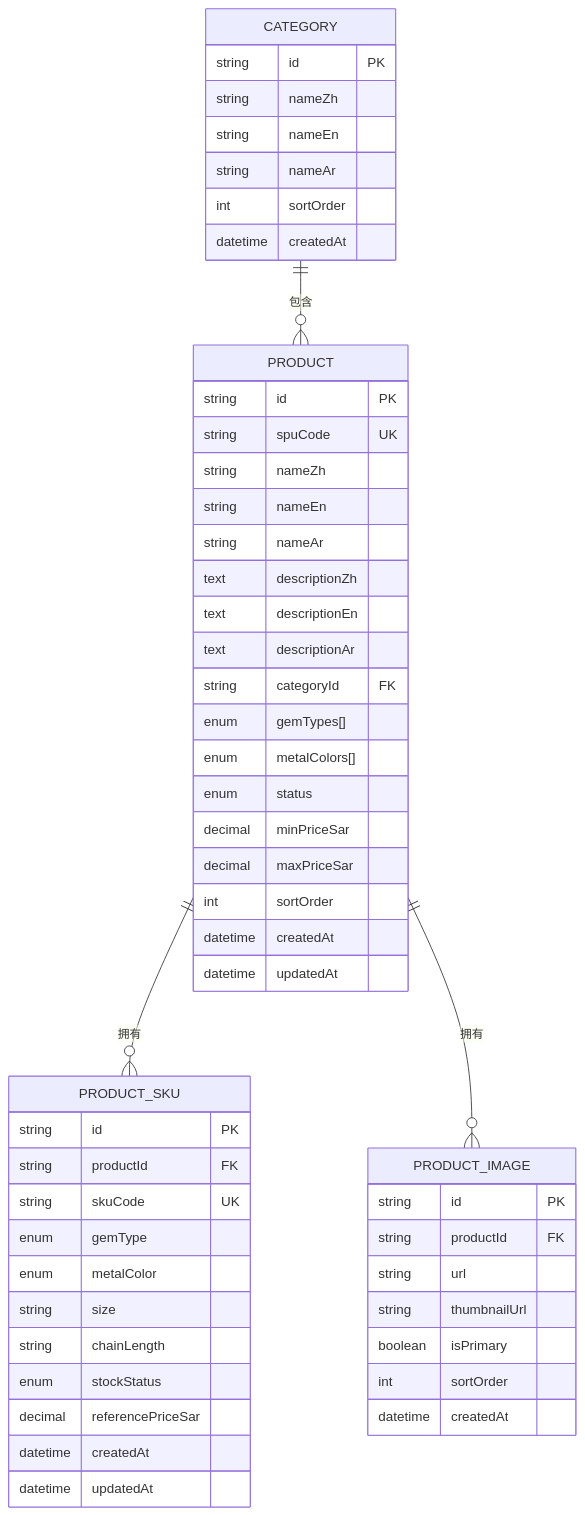
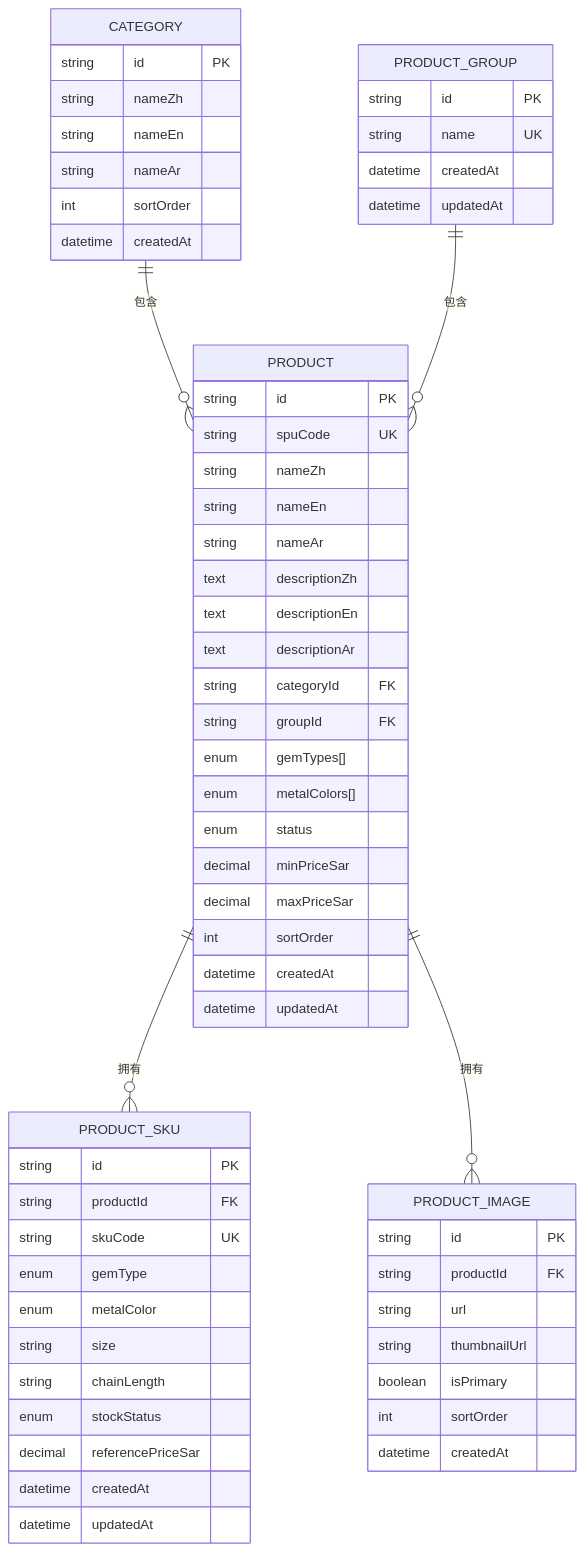
One commit to three3638-arch/celestia_2b changed the third of 8 diagrams in .qoder/repowiki/zh/content/管理后台系统/商品管理系统/商品管理系统.md. Above: the diagram before and after it, drawn with Mermaid. The commit also changed other lines of this file and 30 other files, not shown here.

````diff
--- a/.qoder/repowiki/zh/content/管理后台系统/商品管理系统/商品管理系统.md
+++ b/.qoder/repowiki/zh/content/管理后台系统/商品管理系统/商品管理系统.md
@@ -180,55 +208,63 @@
 ```mermaid
 erDiagram
 CATEGORY {
 string id PK
 string nameZh
 string nameEn
 string nameAr
 int sortOrder
 datetime createdAt
+}
+PRODUCT_GROUP {
+string id PK
+string name UK
+datetime createdAt
+datetime updatedAt
 }
 PRODUCT {
 string id PK
 string spuCode UK
 string nameZh
 string nameEn
 string nameAr
 text descriptionZh
 text descriptionEn
 text descriptionAr
 string categoryId FK
+string groupId FK
 enum gemTypes[]
 enum metalColors[]
 enum status
 decimal minPriceSar
 decimal maxPriceSar
 int sortOrder
 datetime createdAt
 datetime updatedAt
 }
 PRODUCT_SKU {
 string id PK
 string productId FK
 string skuCode UK
 enum gemType
 enum metalColor
 string size
 string chainLength
 enum stockStatus
 decimal referencePriceSar
 datetime createdAt
 datetime updatedAt
 }
 PRODUCT_IMAGE {
 string id PK
 string productId FK
 string url
 string thumbnailUrl
 boolean isPrimary
 int sortOrder
 datetime createdAt
 }
 CATEGORY ||--o{ PRODUCT : "包含"
+PRODUCT_GROUP ||--o{ PRODUCT : "包含"
 PRODUCT ||--o{ PRODUCT_SKU : "拥有"
 PRODUCT ||--o{ PRODUCT_IMAGE : "拥有"
 ```
````
